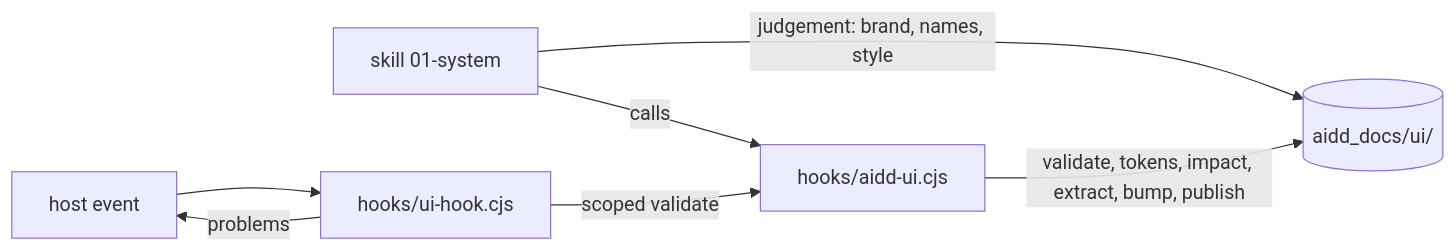
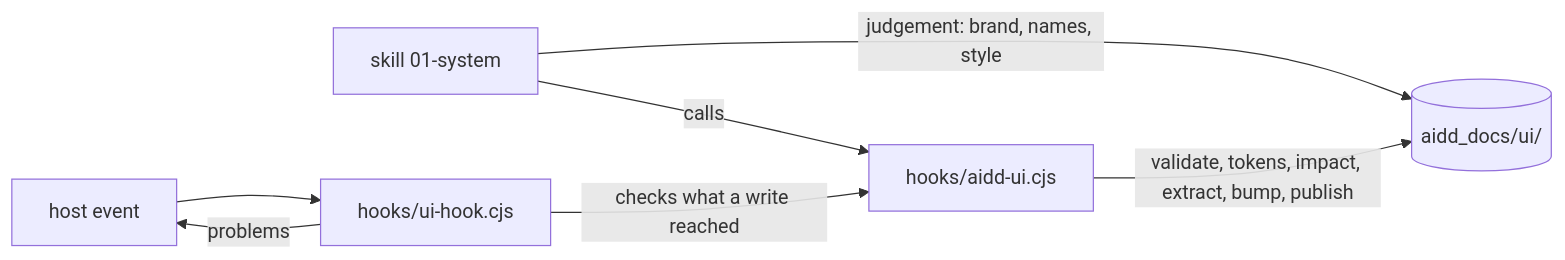
The diagram in plugins/aidd-ui/README.md (ai-driven-dev/framework), drawn with Mermaid before and after one commit. The commit also changed other lines of this file and 11 other files, not shown here.

````diff
--- a/plugins/aidd-ui/README.md
+++ b/plugins/aidd-ui/README.md
@@ -20,9 +20,9 @@
 ```mermaid
 flowchart LR
   Skill["skill 01-system"] -->|"judgement: brand, names, style"| Docs[("aidd_docs/ui/")]
   Skill -->|"calls"| Engine["hooks/aidd-ui.cjs"]
   Engine -->|"validate, tokens, impact, extract, bump, publish"| Docs
   Host["host event"] --> Hook["hooks/ui-hook.cjs"]
-  Hook -->|"scoped validate"| Engine
+  Hook -->|"checks what a write reached"| Engine
   Hook -->|"problems"| Host
 ```
````
